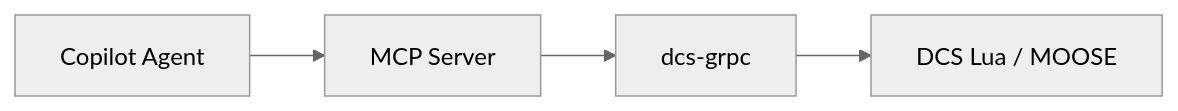
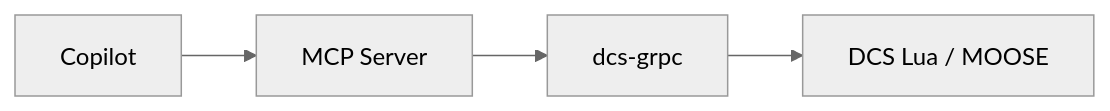
Before and after one commit to deadl1f7/dcs-hivemind: the diagram in readme.md, drawn with Mermaid (neutral theme).

Commit message:
removed agent from flowchart

````diff
--- a/readme.md
+++ b/readme.md
@@ -5,6 +5,6 @@
 ```mermaid
 flowchart LR
-    A[Copilot Agent] --> B[MCP Server]
+    A[Copilot] --> B[MCP Server]
     B --> C[dcs-grpc]
     C --> D[DCS Lua / MOOSE]
 ```
````
